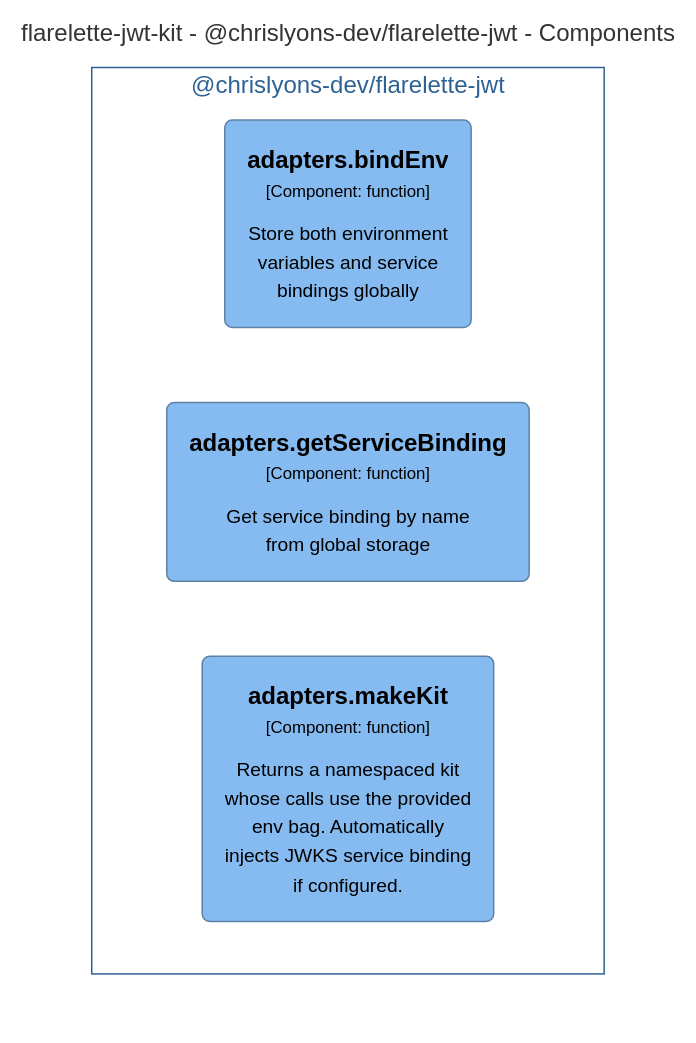
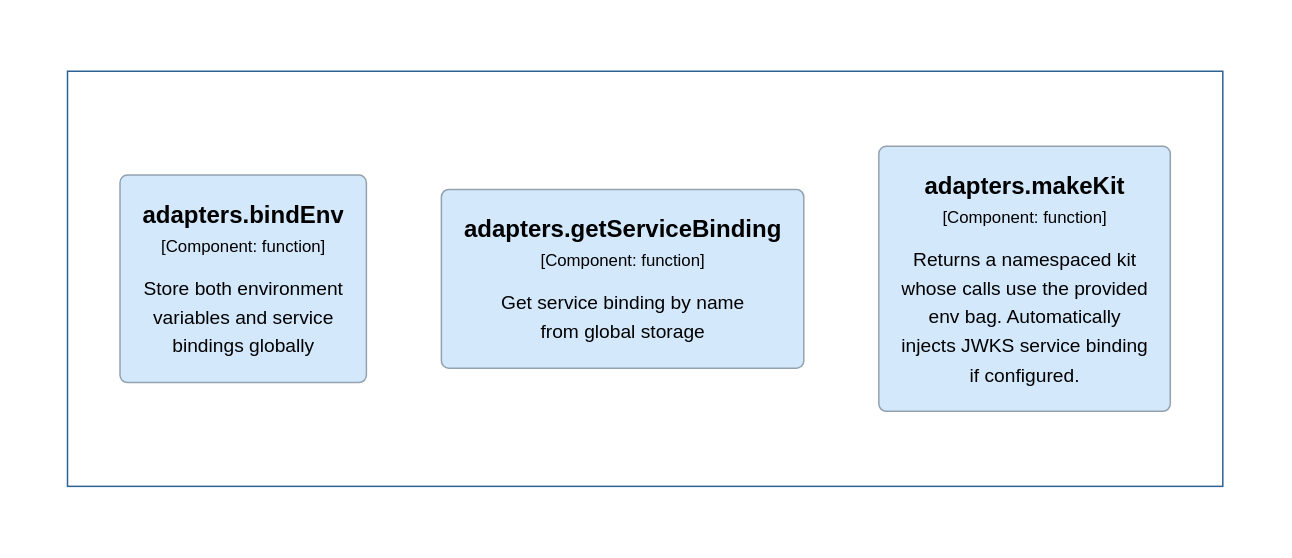
The diagram in docs/architecture/diagrams/mermaid/structurizr-Classes_chrislyons_dev_flarelette_jwt__adapters.mmd (chrislyons-dev/flarelette-jwt-kit), drawn with Mermaid before and after one commit. The commit also changed 107 other files, not shown here.

```diff
--- a/docs/architecture/diagrams/mermaid/structurizr-Classes_chrislyons_dev_flarelette_jwt__adapters.mmd
+++ b/docs/architecture/diagrams/mermaid/structurizr-Classes_chrislyons_dev_flarelette_jwt__adapters.mmd
@@ -1,18 +1,18 @@
-graph TB
+graph LR
   linkStyle default fill:#ffffff
 
-  subgraph diagram ["flarelette-jwt-kit - @chrislyons-dev/flarelette-jwt - Components"]
+  subgraph diagram [" "]
     style diagram fill:#ffffff,stroke:#ffffff
 
-    subgraph 2 ["@chrislyons-dev/flarelette-jwt"]
+    subgraph 2 [" "]
       style 2 fill:#ffffff,stroke:#2e6295,color:#2e6295
 
-      50("<div style='font-weight: bold'>adapters.bindEnv</div><div style='font-size: 70%; margin-top: 0px'>[Component: function]</div><div style='font-size: 80%; margin-top:10px'>Store both environment<br />variables and service<br />bindings globally</div>")
-      style 50 fill:#85bbf0,stroke:#5d82a8,color:#000000
-      51("<div style='font-weight: bold'>adapters.getServiceBinding</div><div style='font-size: 70%; margin-top: 0px'>[Component: function]</div><div style='font-size: 80%; margin-top:10px'>Get service binding by name<br />from global storage</div>")
-      style 51 fill:#85bbf0,stroke:#5d82a8,color:#000000
-      52("<div style='font-weight: bold'>adapters.makeKit</div><div style='font-size: 70%; margin-top: 0px'>[Component: function]</div><div style='font-size: 80%; margin-top:10px'>Returns a namespaced kit<br />whose calls use the provided<br />env bag. Automatically<br />injects JWKS service binding<br />if configured.</div>")
-      style 52 fill:#85bbf0,stroke:#5d82a8,color:#000000
+      51("<div style='font-weight: bold'>adapters.bindEnv</div><div style='font-size: 70%; margin-top: 0px'>[Component: function]</div><div style='font-size: 80%; margin-top:10px'>Store both environment<br />variables and service<br />bindings globally</div>")
+      style 51 fill:#d4e8fc,stroke:#94a2b0,color:#000000
+      52("<div style='font-weight: bold'>adapters.getServiceBinding</div><div style='font-size: 70%; margin-top: 0px'>[Component: function]</div><div style='font-size: 80%; margin-top:10px'>Get service binding by name<br />from global storage</div>")
+      style 52 fill:#d4e8fc,stroke:#94a2b0,color:#000000
+      53("<div style='font-weight: bold'>adapters.makeKit</div><div style='font-size: 70%; margin-top: 0px'>[Component: function]</div><div style='font-size: 80%; margin-top:10px'>Returns a namespaced kit<br />whose calls use the provided<br />env bag. Automatically<br />injects JWKS service binding<br />if configured.</div>")
+      style 53 fill:#d4e8fc,stroke:#94a2b0,color:#000000
     end
 
   end
```
